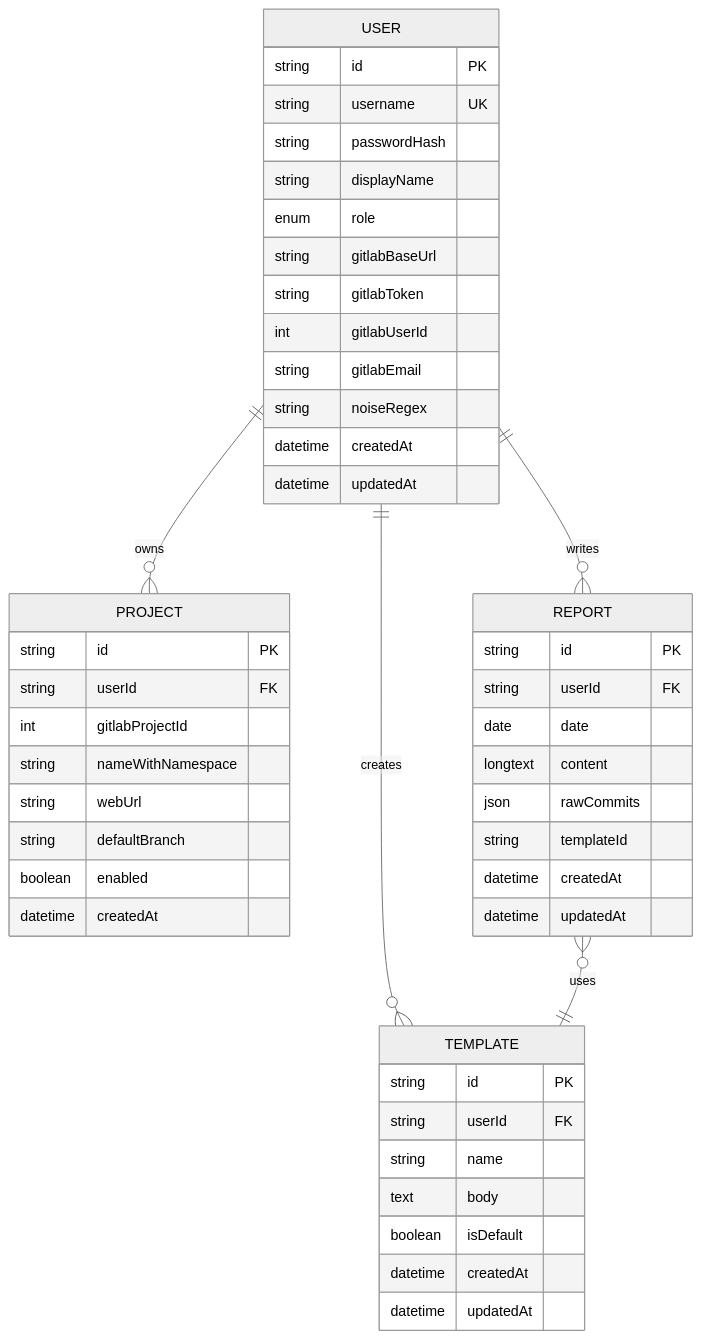
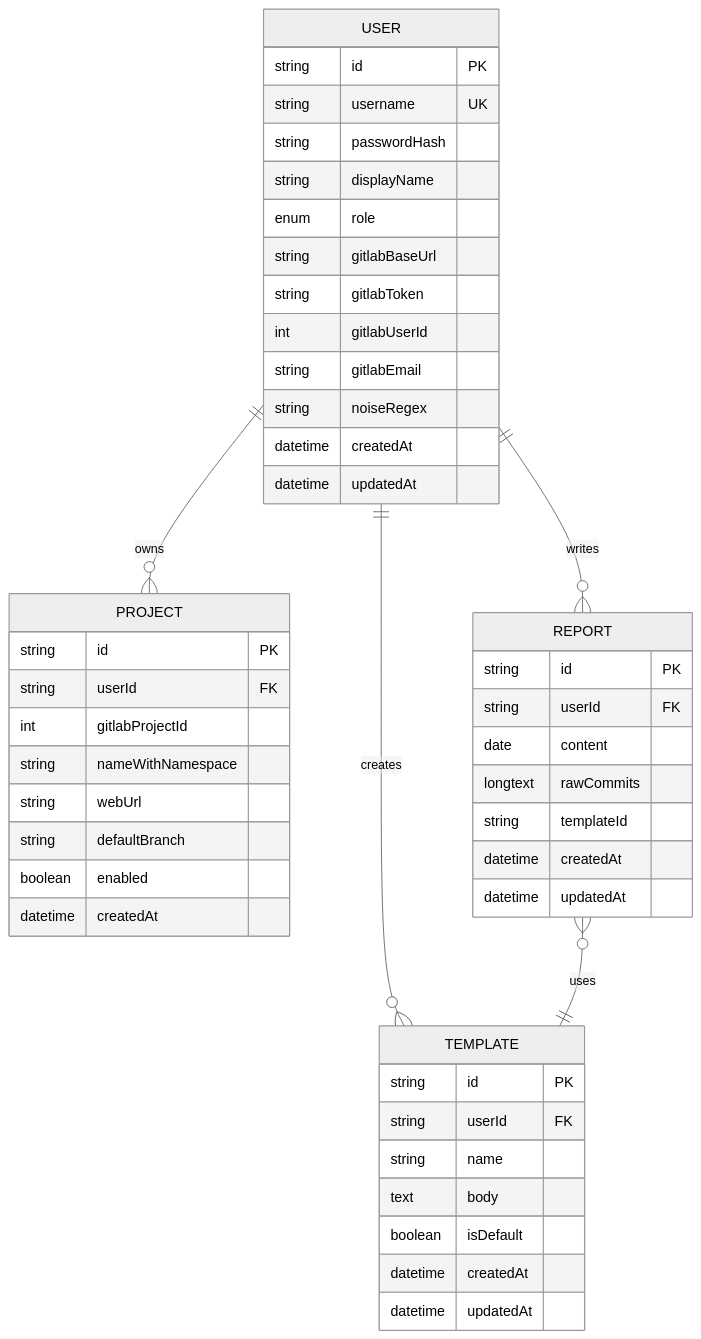
Before and after one commit to jrj444/git-daily: the fourth of 8 diagrams in .qoder/repowiki/en/content/Development Guidelines.md, drawn with Mermaid (neutral theme). The commit also changed other lines of this file and 6 other files, not shown here.

````diff
--- a/.qoder/repowiki/en/content/Development Guidelines.md
+++ b/.qoder/repowiki/en/content/Development Guidelines.md
@@ -205,50 +249,49 @@
 ```mermaid
 erDiagram
 USER {
 string id PK
 string username UK
 string passwordHash
 string displayName
 enum role
 string gitlabBaseUrl
 string gitlabToken
 int gitlabUserId
 string gitlabEmail
 string noiseRegex
 datetime createdAt
 datetime updatedAt
 }
 PROJECT {
 string id PK
 string userId FK
 int gitlabProjectId
 string nameWithNamespace
 string webUrl
 string defaultBranch
 boolean enabled
 datetime createdAt
 }
 REPORT {
 string id PK
 string userId FK
-date date
-longtext content
-json rawCommits
+date content
+longtext rawCommits
 string templateId
 datetime createdAt
 datetime updatedAt
 }
 TEMPLATE {
 string id PK
 string userId FK
 string name
 text body
 boolean isDefault
 datetime createdAt
 datetime updatedAt
 }
 USER ||--o{ PROJECT : "owns"
 USER ||--o{ REPORT : "writes"
 USER ||--o{ TEMPLATE : "creates"
 REPORT }o--|| TEMPLATE : "uses"
 ```
````
